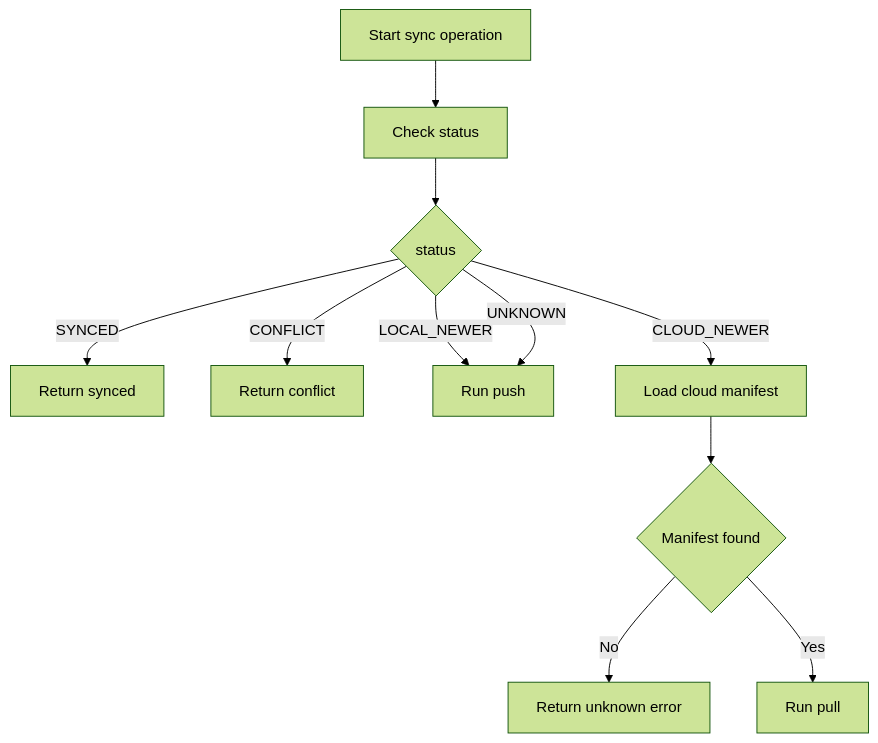
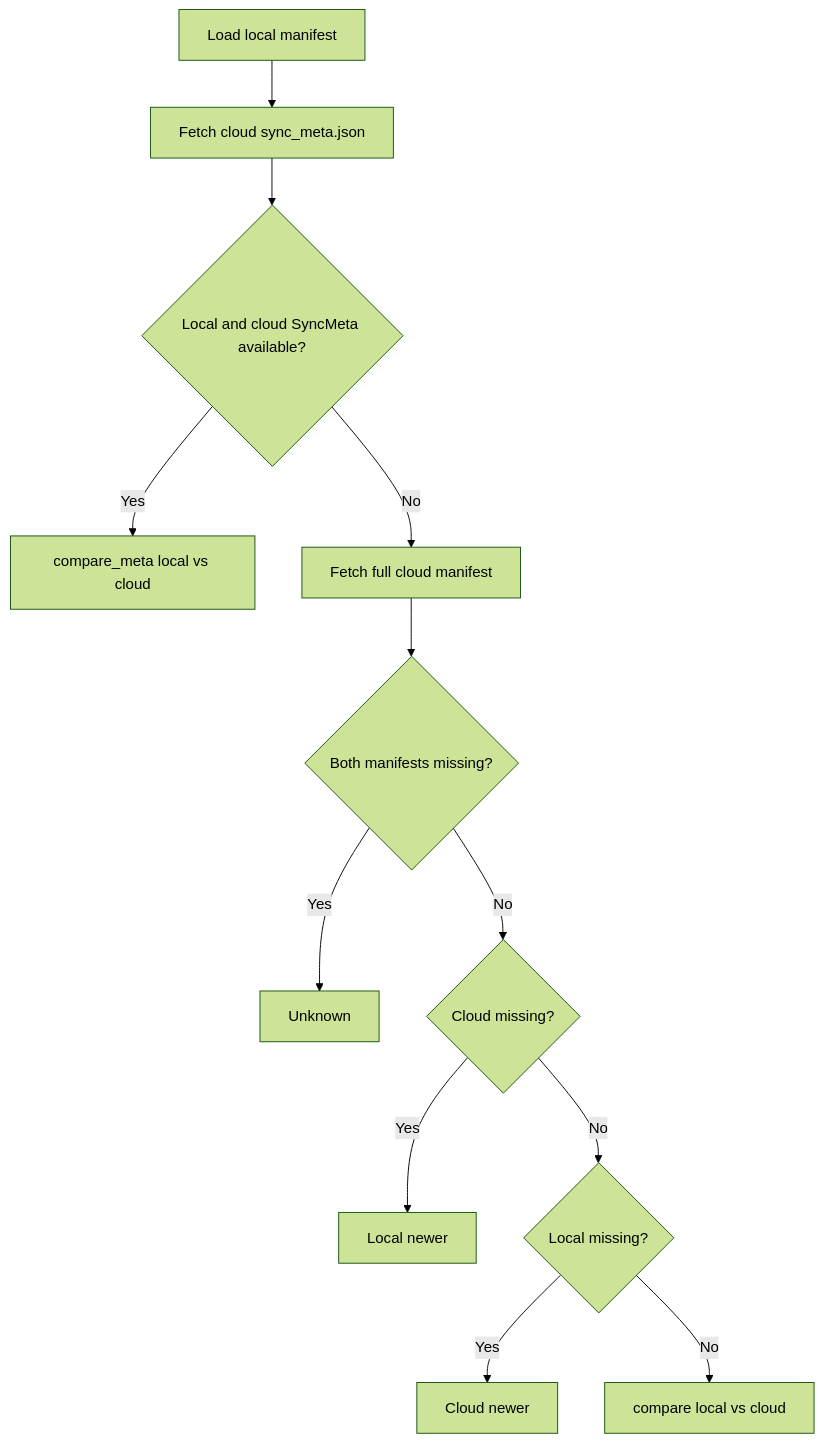
Before and after one commit to d1p/savesync: the third of 6 diagrams in docs/TECHNICAL.md, drawn with Mermaid (forest theme). The commit also changed other lines of this file and 9 other files, not shown here.

````diff
--- a/docs/TECHNICAL.md
+++ b/docs/TECHNICAL.md
@@ -208,13 +136,14 @@
 ```mermaid
 flowchart TD
-    A[Start sync operation] --> B[Check status]
-    B --> C{status}
-    C -->|SYNCED| D[Return synced]
-    C -->|CONFLICT| E[Return conflict]
-    C -->|LOCAL_NEWER| F[Run push]
-    C -->|UNKNOWN| F
-    C -->|CLOUD_NEWER| G[Load cloud manifest]
-    G --> H{Manifest found}
-    H -->|No| I[Return unknown error]
-    H -->|Yes| J[Run pull]
+    A[Load local manifest] --> B[Fetch cloud sync_meta.json]
+    B --> C{Local and cloud SyncMeta available?}
+    C -->|Yes| D[compare_meta local vs cloud]
+    C -->|No| E[Fetch full cloud manifest]
+    E --> F{Both manifests missing?}
+    F -->|Yes| G[Unknown]
+    F -->|No| H{Cloud missing?}
+    H -->|Yes| I[Local newer]
+    H -->|No| J{Local missing?}
+    J -->|Yes| K[Cloud newer]
+    J -->|No| L[compare local vs cloud]
 ```
````
